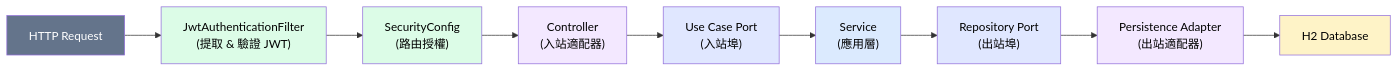
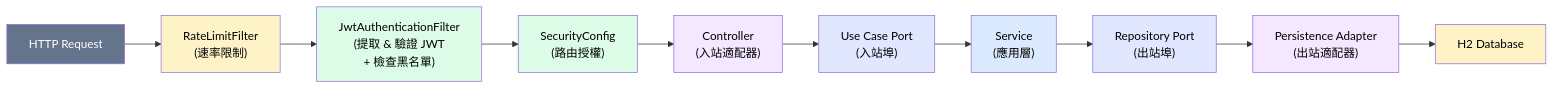
Before and after one commit to ChunPingWang/jwt-poc: diagram 17 of 18 in README.md, drawn with Mermaid. The commit also changed other lines of this file, not shown here.

First line of the commit message:
文件：更新 README 新增四項進階功能說明與架構圖

````diff
--- a/README.md
+++ b/README.md
@@ -464,21 +643,23 @@
 ```mermaid
 graph LR
-    REQ["HTTP Request"] --> FILTER["JwtAuthenticationFilter<br/>(提取 & 驗證 JWT)"]
+    REQ["HTTP Request"] --> RATE["RateLimitFilter<br/>(速率限制)"]
+    RATE --> FILTER["JwtAuthenticationFilter<br/>(提取 & 驗證 JWT<br/>+ 檢查黑名單)"]
     FILTER --> SC["SecurityConfig<br/>(路由授權)"]
     SC --> CTRL["Controller<br/>(入站適配器)"]
     CTRL --> PORT["Use Case Port<br/>(入站埠)"]
     PORT --> SVC["Service<br/>(應用層)"]
     SVC --> REPO["Repository Port<br/>(出站埠)"]
     REPO --> ADAPTER["Persistence Adapter<br/>(出站適配器)"]
     ADAPTER --> DB["H2 Database"]
 
     style REQ fill:#64748b,color:#fff
+    style RATE fill:#fef3c7,color:#000
     style FILTER fill:#dcfce7,color:#000
     style SC fill:#dcfce7,color:#000
     style CTRL fill:#f3e8ff,color:#000
     style PORT fill:#e0e7ff,color:#000
     style SVC fill:#dbeafe,color:#000
     style REPO fill:#e0e7ff,color:#000
     style ADAPTER fill:#f3e8ff,color:#000
     style DB fill:#fef3c7,color:#000
 ```
````
